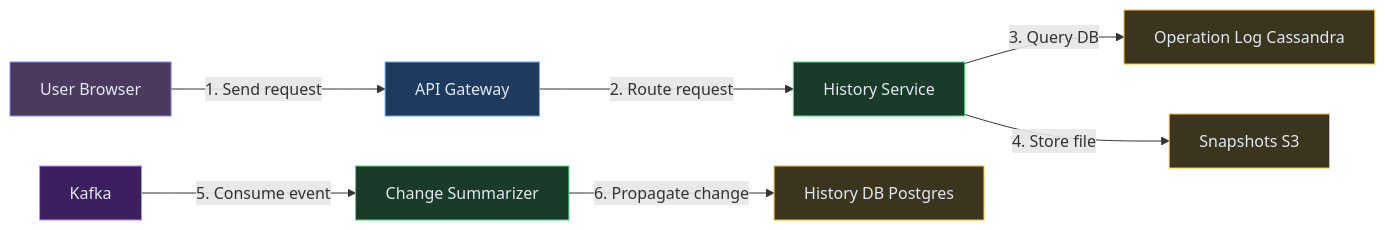
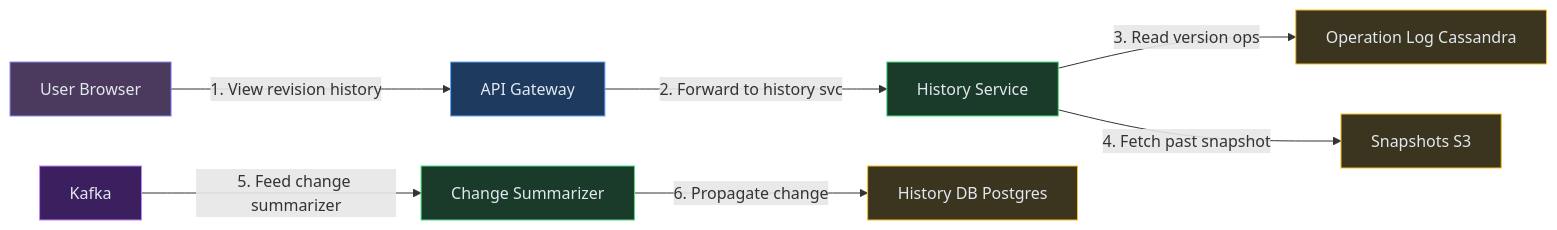
The fourth of 11 diagrams in content/hld/GoogleDocs.md (iluzn/HLD-Designs), drawn with Mermaid before and after one commit. The commit also changed other lines of this file and 27 other files, not shown here.

````diff
--- a/content/hld/GoogleDocs.md
+++ b/content/hld/GoogleDocs.md
@@ -302,23 +302,23 @@
 ```mermaid
 flowchart LR
     User["User Browser"]:::client
     GW["API Gateway"]:::edge
     HS["History Service"]:::service
     OL["Operation Log Cassandra"]:::data
     S3["Snapshots S3"]:::data
     CS["Change Summarizer"]:::service
     KF["Kafka"]:::async
 
-    User -->|"1. Send request"| GW
-    GW -->|"2. Route request"| HS
-    HS -->|"3. Query DB"| OL
-    HS -->|"4. Store file"| S3
-    KF -->|"5. Consume event"| CS
+    User -->|"1. View revision history"| GW
+    GW -->|"2. Forward to history svc"| HS
+    HS -->|"3. Read version ops"| OL
+    HS -->|"4. Fetch past snapshot"| S3
+    KF -->|"5. Feed change summarizer"| CS
     CS -->|"6. Propagate change"| DB["History DB Postgres"]:::data
 
     classDef client fill:#4c3a5e,stroke:#818cf8,color:#e2e8f0
     classDef edge fill:#1e3a5f,stroke:#60a5fa,color:#e2e8f0
     classDef service fill:#1a3a2a,stroke:#4ade80,color:#e2e8f0
     classDef data fill:#3b3520,stroke:#fbbf24,color:#e2e8f0
     classDef async fill:#3b1f5e,stroke:#c084fc,color:#e2e8f0
 ```
````
